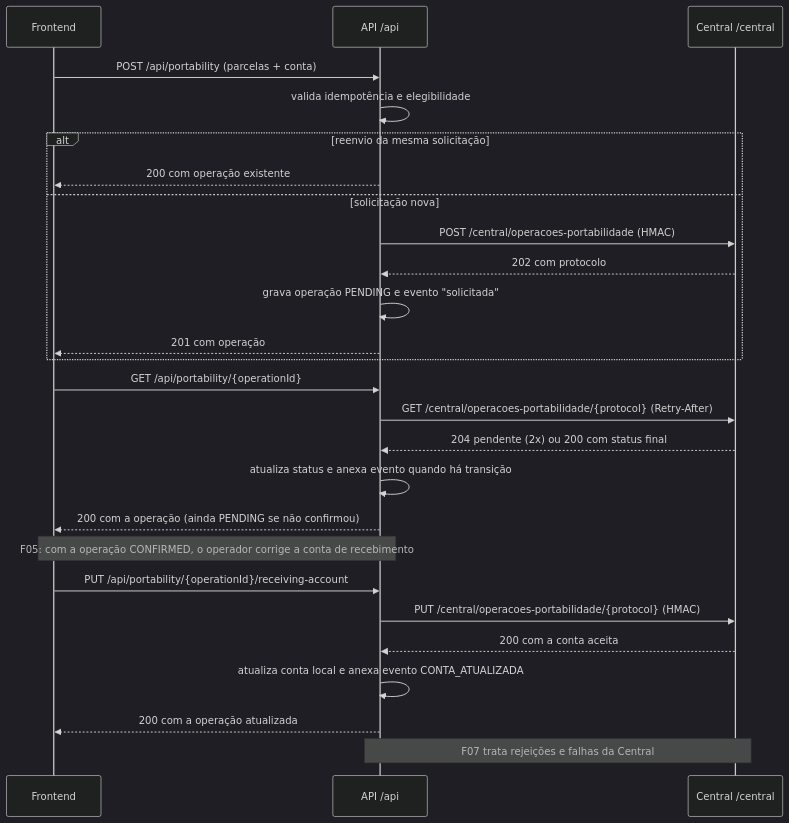
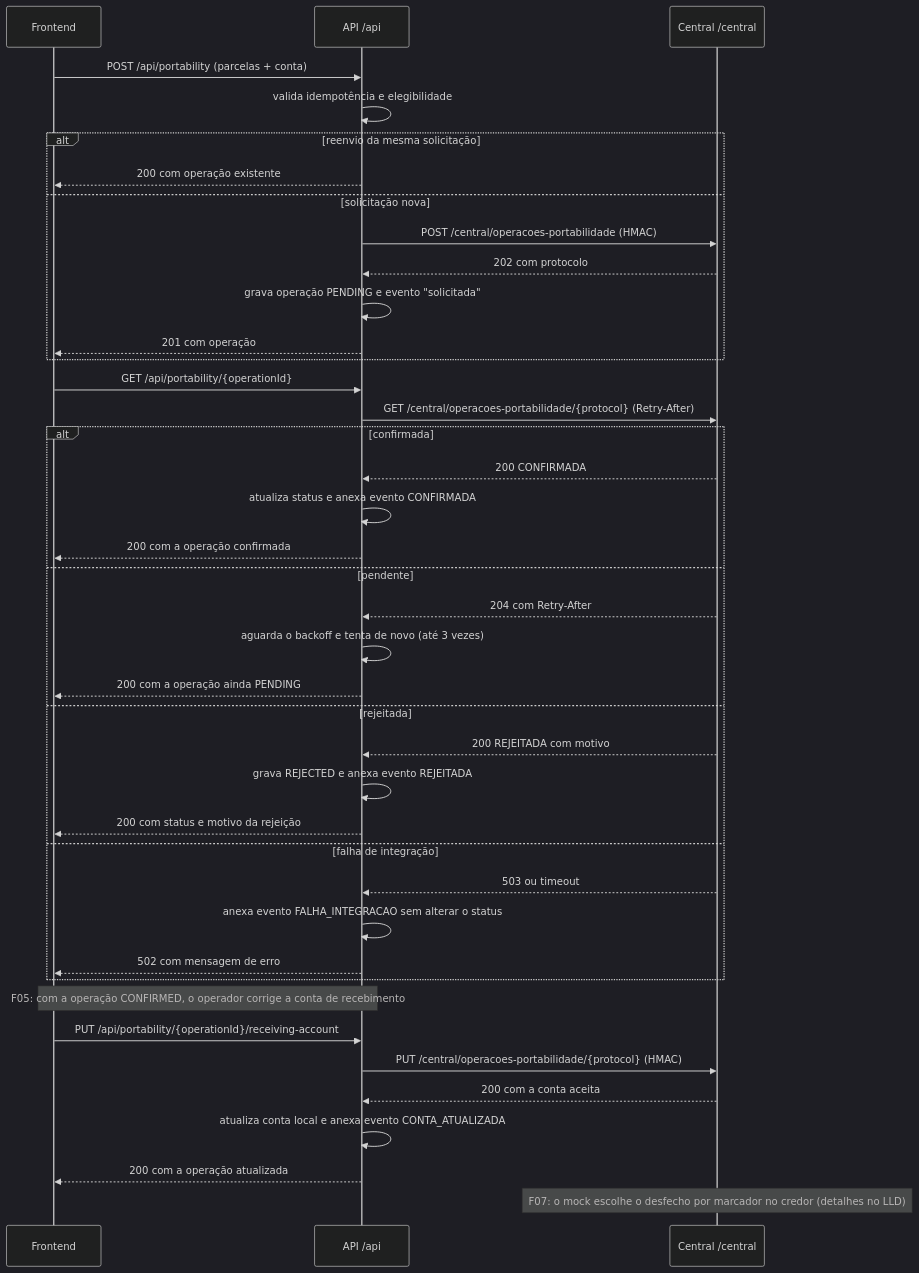
One commit to brenda-martins/portability-platform changed the third of 4 diagrams in docs/hld.md. Above: the diagram before and after it, drawn with Mermaid (dark theme). The commit also changed 10 other files, not shown here.

````diff
--- a/docs/hld.md
+++ b/docs/hld.md
@@ -71,29 +71,43 @@
 ```mermaid
 sequenceDiagram
     participant F as Frontend
     participant A as API /api
     participant C as Central /central
 
     F->>A: POST /api/portability (parcelas + conta)
     A->>A: valida idempotência e elegibilidade
     alt reenvio da mesma solicitação
         A-->>F: 200 com operação existente
     else solicitação nova
         A->>C: POST /central/operacoes-portabilidade (HMAC)
         C-->>A: 202 com protocolo
         A->>A: grava operação PENDING e evento "solicitada"
         A-->>F: 201 com operação
     end
     F->>A: GET /api/portability/{operationId}
     A->>C: GET /central/operacoes-portabilidade/{protocol} (Retry-After)
-    C-->>A: 204 pendente (2x) ou 200 com status final
-    A->>A: atualiza status e anexa evento quando há transição
-    A-->>F: 200 com a operação (ainda PENDING se não confirmou)
+    alt confirmada
+        C-->>A: 200 CONFIRMADA
+        A->>A: atualiza status e anexa evento CONFIRMADA
+        A-->>F: 200 com a operação confirmada
+    else pendente
+        C-->>A: 204 com Retry-After
+        A->>A: aguarda o backoff e tenta de novo (até 3 vezes)
+        A-->>F: 200 com a operação ainda PENDING
+    else rejeitada
+        C-->>A: 200 REJEITADA com motivo
+        A->>A: grava REJECTED e anexa evento REJEITADA
+        A-->>F: 200 com status e motivo da rejeição
+    else falha de integração
+        C-->>A: 503 ou timeout
+        A->>A: anexa evento FALHA_INTEGRACAO sem alterar o status
+        A-->>F: 502 com mensagem de erro
+    end
     Note over F,A: F05: com a operação CONFIRMED, o operador corrige a conta de recebimento
     F->>A: PUT /api/portability/{operationId}/receiving-account
     A->>C: PUT /central/operacoes-portabilidade/{protocol} (HMAC)
     C-->>A: 200 com a conta aceita
     A->>A: atualiza conta local e anexa evento CONTA_ATUALIZADA
     A-->>F: 200 com a operação atualizada
-    Note over A,C: F07 trata rejeições e falhas da Central
+    Note over C: F07: o mock escolhe o desfecho por marcador no credor (detalhes no LLD)
 ```
````
